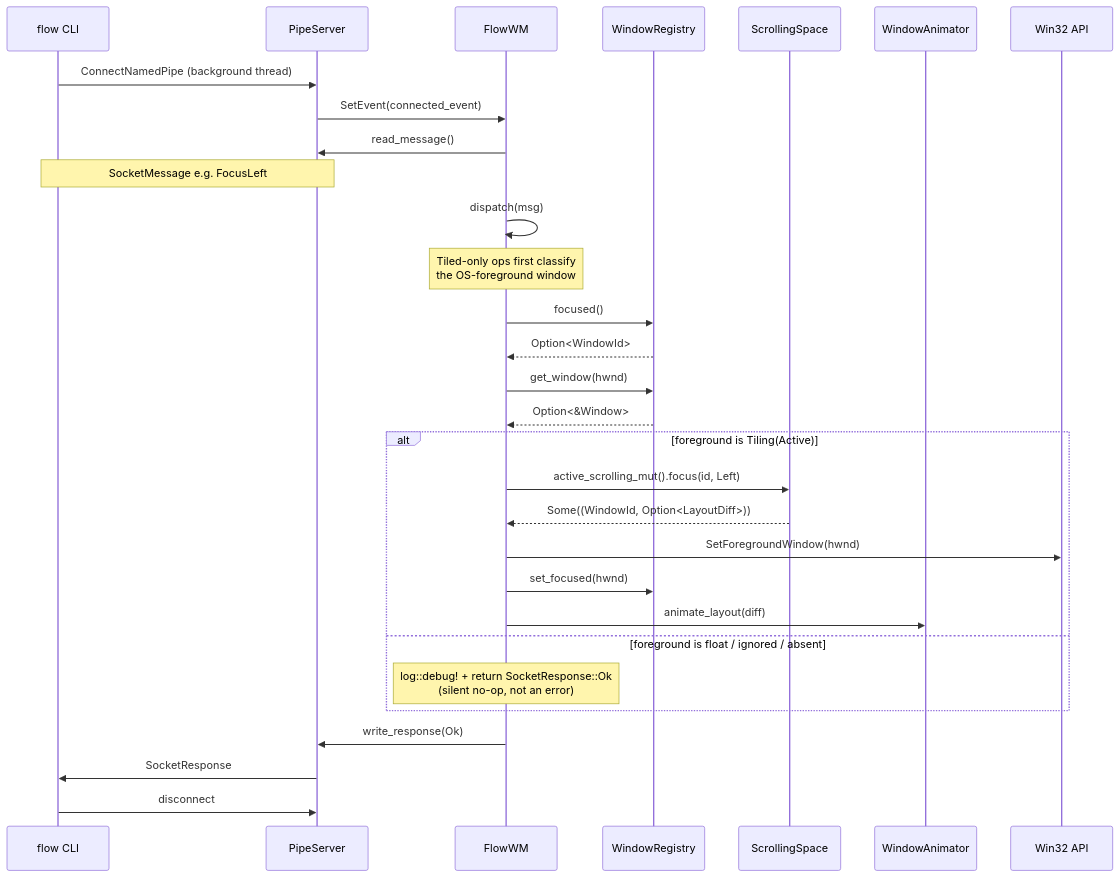
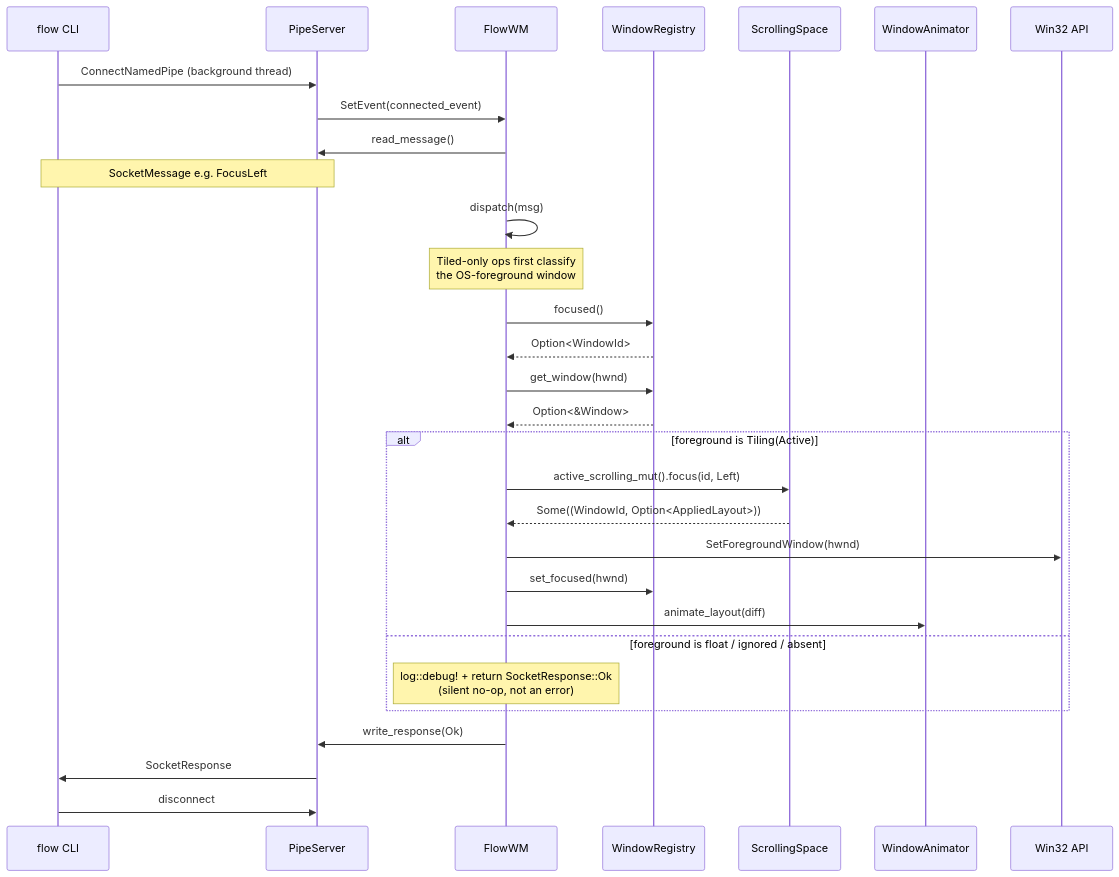
The second of 2 diagrams in docs/src/dev-guide/event-pipelines.md (darth-feir/flow-wm-multi-monitor), drawn with Mermaid before and after one commit. The commit also changed other lines of this file and 33 other files, not shown here.

First line of the commit message:
docs: move the fork to github.com/darth-feir/flow-wm and audit every guide page against the code

````diff
--- a/docs/src/dev-guide/event-pipelines.md
+++ b/docs/src/dev-guide/event-pipelines.md
@@ -164,33 +171,33 @@
 ```mermaid
 sequenceDiagram
     participant CLI as flow CLI
     participant Pipe as PipeServer
     participant flow as FlowWM
     participant Reg as WindowRegistry
     participant Layout as ScrollingSpace
     participant Anim as WindowAnimator
     participant Win32 as Win32 API
 
     CLI->>Pipe: ConnectNamedPipe (background thread)
     Pipe->>flow: SetEvent(connected_event)
     flow->>Pipe: read_message()
     Note over CLI,Pipe: SocketMessage e.g. FocusLeft
     flow->>flow: dispatch(msg)
     Note over flow: Tiled-only ops first classify<br/>the OS-foreground window
     flow->>Reg: focused()
     Reg-->>flow: Option<WindowId>
     flow->>Reg: get_window(hwnd)
     Reg-->>flow: Option<&Window>
     alt foreground is Tiling(Active)
         flow->>Layout: active_scrolling_mut().focus(id, Left)
-        Layout-->>flow: Some((WindowId, Option<LayoutDiff>))
+        Layout-->>flow: Some((WindowId, Option<AppliedLayout>))
         flow->>Win32: SetForegroundWindow(hwnd)
         flow->>Reg: set_focused(hwnd)
         flow->>Anim: animate_layout(diff)
     else foreground is float / ignored / absent
         Note over flow: log::debug! + return SocketResponse::Ok<br/>(silent no-op, not an error)
     end
     flow->>Pipe: write_response(Ok)
     Pipe->>CLI: SocketResponse
     CLI->>Pipe: disconnect
 ```
````
